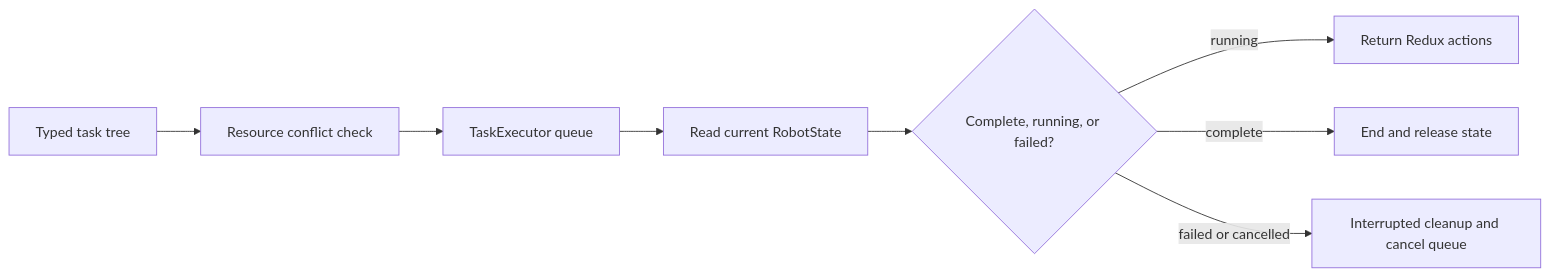
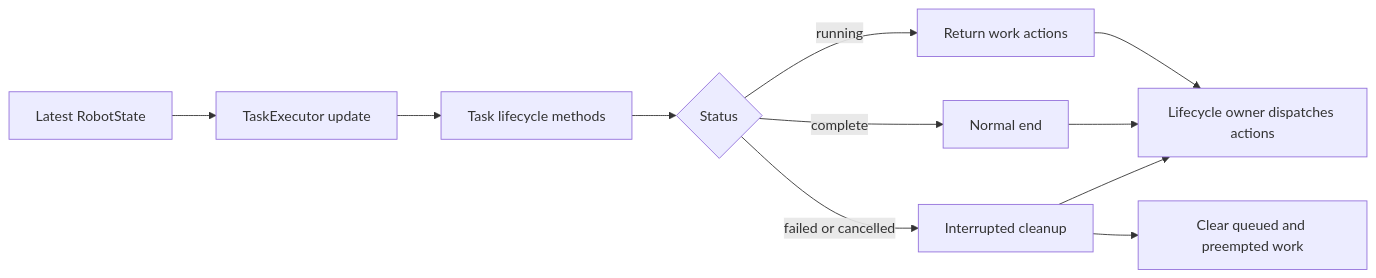
The second of 2 diagrams in content/learning/programming/07-safe-task-sequences.md (ARES-23247/ARESWEB), drawn with Mermaid before and after one commit. The commit also changed other lines of this file and 6 other files, not shown here.

````diff
--- a/content/learning/programming/07-safe-task-sequences.md
+++ b/content/learning/programming/07-safe-task-sequences.md
@@ -51,11 +117,14 @@
 ```mermaid
-%% aria: A task tree is checked for resource conflicts, placed in the executor, evaluated from current robot state, and converted into Redux actions or safe cleanup.
+%% aria: TaskExecutor reads a robot state snapshot, calls the active task lifecycle, returns Redux actions to the lifecycle owner, and the owner dispatches them. Failure or cancellation runs interrupted cleanup and clears queued and preempted work.
 flowchart LR
-  A["Typed task tree"] --> B["Resource conflict check"]
-  B --> C["TaskExecutor queue"]
-  C --> D["Read current RobotState"]
-  D --> E{"Complete, running, or failed?"}
-  E -->|"running"| F["Return Redux actions"]
-  E -->|"complete"| G["End and release state"]
-  E -->|"failed or cancelled"| H["Interrupted cleanup and cancel queue"]
+  A["Latest RobotState"] --> B["TaskExecutor update"]
+  B --> C["Task lifecycle methods"]
+  C --> D{"Status"}
+  D -->|"running"| E["Return work actions"]
+  D -->|"complete"| F["Normal end"]
+  D -->|"failed or cancelled"| G["Interrupted cleanup"]
+  G --> H["Clear queued and preempted work"]
+  E --> I["Lifecycle owner dispatches actions"]
+  F --> I
+  G --> I
 ```
````
